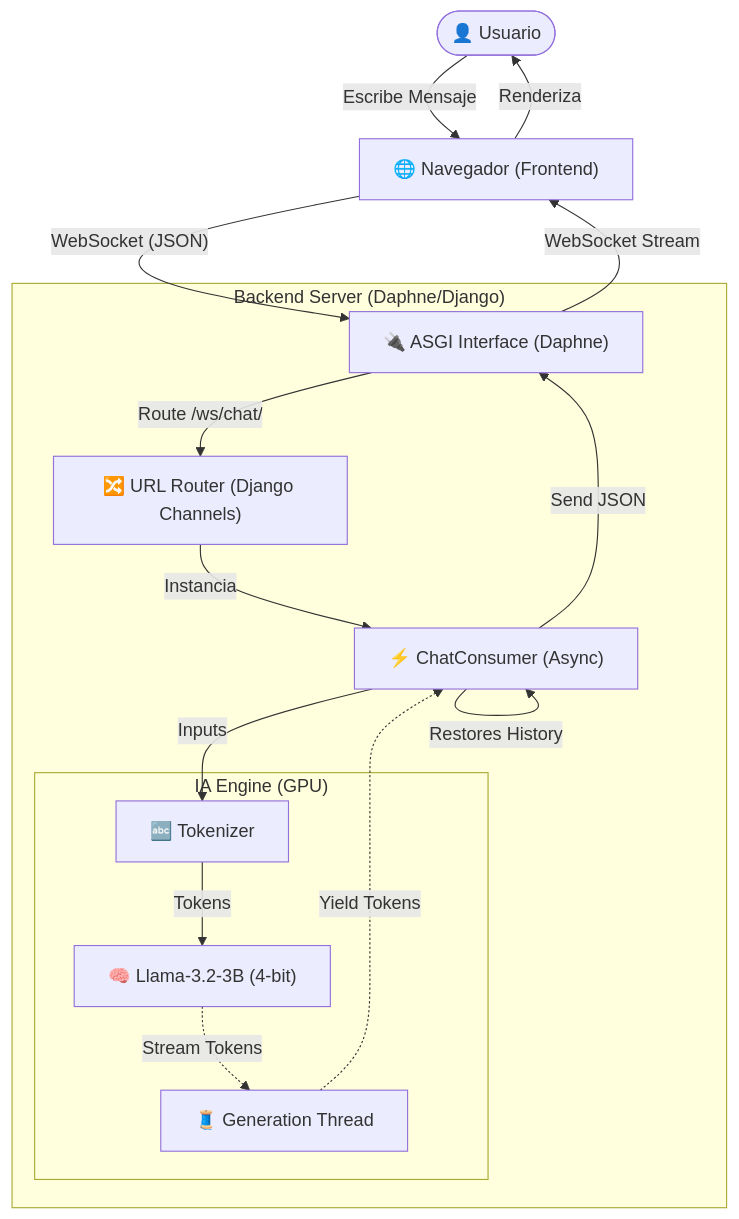
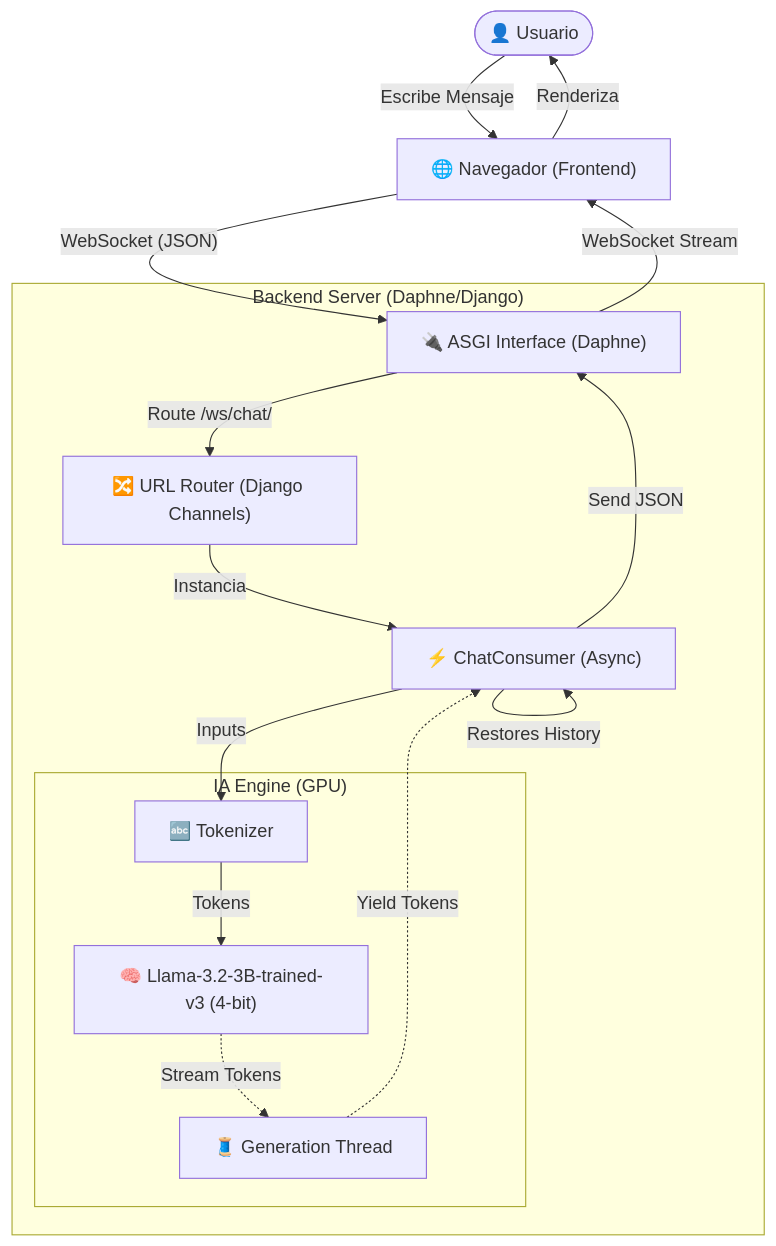
One commit to Dylanjesus65/FicaAsistant changed the diagram in ARQUITECTURA.md. Above: the diagram before and after it, drawn with Mermaid.

Commit message:
Update model name in architecture documentation

````diff
--- a/ARQUITECTURA.md
+++ b/ARQUITECTURA.md
@@ -11,32 +11,32 @@
 ```mermaid
 graph TD
     User(["👤 Usuario"])
     Browser["🌐 Navegador (Frontend)"]
     
     subgraph "Backend Server (Daphne/Django)"
         ASGI["🔌 ASGI Interface (Daphne)"]
         Router["🔀 URL Router (Django Channels)"]
         Consumer["⚡ ChatConsumer (Async)"]
         
         subgraph "IA Engine (GPU)"
             Tokenizer["🔤 Tokenizer"]
-            Model["🧠 Llama-3.2-3B (4-bit)"]
+            Model["🧠 Llama-3.2-3B-trained-v3 (4-bit)"]
             Thread["🧵 Generation Thread"]
         end
     end
     
     User -->|"Escribe Mensaje"| Browser
     Browser -->|"WebSocket (JSON)"| ASGI
     ASGI -->|"Route /ws/chat/"| Router
     Router -->|"Instancia"| Consumer
     
     Consumer -->|"Restores History"| Consumer
     Consumer -->|"Inputs"| Tokenizer
     Tokenizer -->|"Tokens"| Model
     
     Model -.->|"Stream Tokens"| Thread
     Thread -.->|"Yield Tokens"| Consumer
     Consumer -->|"Send JSON"| ASGI
     ASGI -->|"WebSocket Stream"| Browser
     Browser -->|"Renderiza"| User
 ```
````
